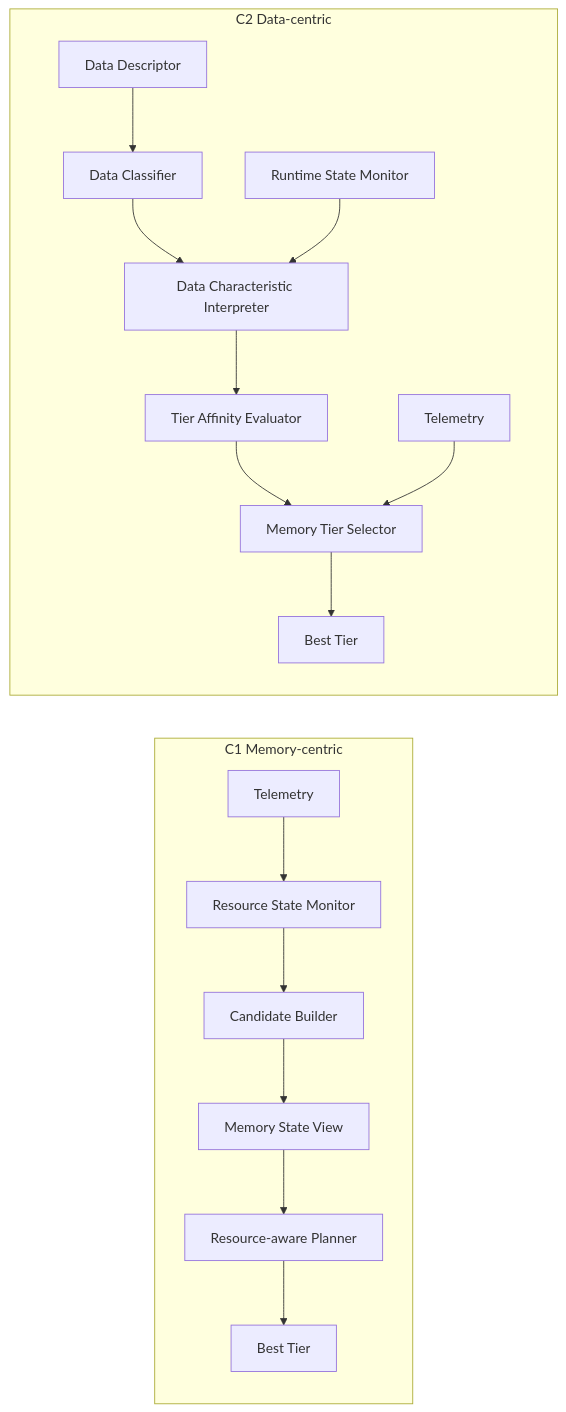
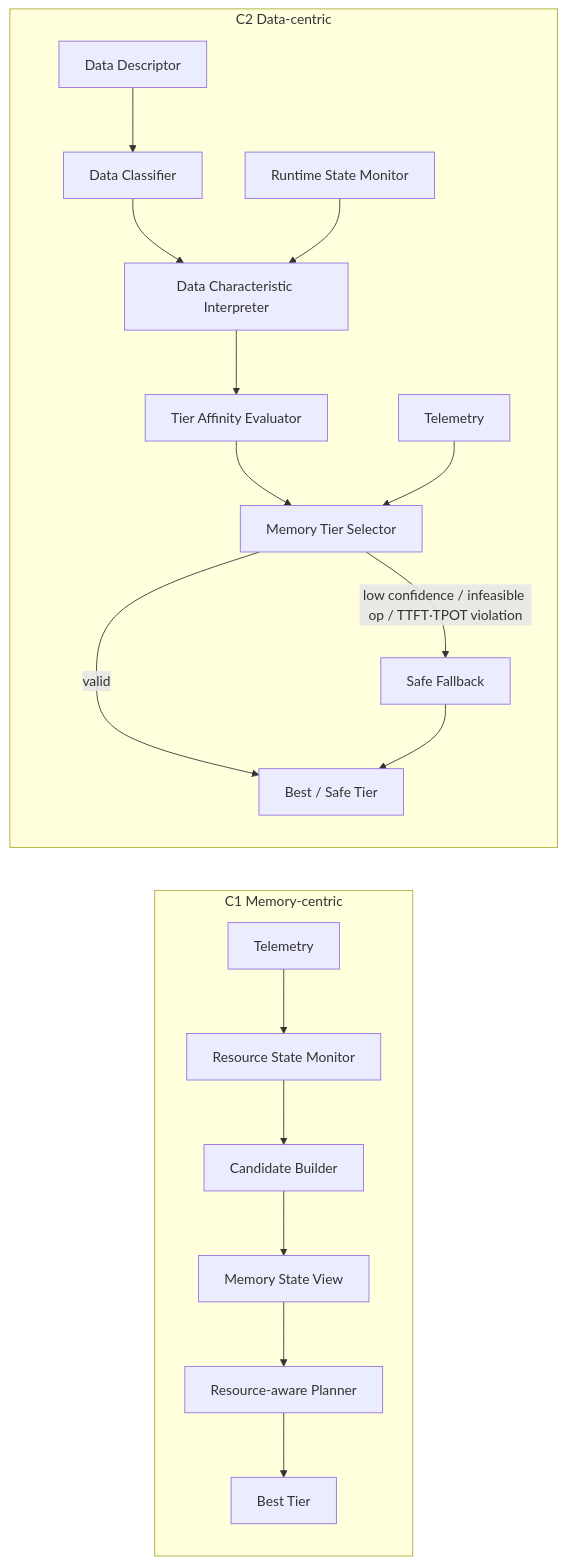
Diagram 11 of 11 in doc-architect/dp1-data-placement-uml-rendered.md (mkim0628/vllm), drawn with Mermaid before and after one commit. The commit also changed other lines of this file, not shown here.

Commit message:
Add C2 fallback and operation-aware placement to UML

````diff
--- a/doc-architect/dp1-data-placement-uml-rendered.md
+++ b/doc-architect/dp1-data-placement-uml-rendered.md
@@ -672,29 +695,32 @@
 ```mermaid
 flowchart LR
     subgraph C1[C1 Memory-centric]
         T1[Telemetry]
         R1[Resource State Monitor]
         B1[Candidate Builder]
         V1[Memory State View]
         P1[Resource-aware Planner]
         S1[Best Tier]
 
         T1 --> R1 --> B1 --> V1 --> P1 --> S1
     end
 
     subgraph C2[C2 Data-centric]
         D2[Data Descriptor]
         C2C[Data Classifier]
         R2[Runtime State Monitor]
         I2[Data Characteristic Interpreter]
         A2[Tier Affinity Evaluator]
         T2[Telemetry]
         S2[Memory Tier Selector]
-        B2[Best Tier]
+        F2[Safe Fallback]
+        B2[Best / Safe Tier]
 
         D2 --> C2C --> I2
         R2 --> I2
-        I2 --> A2 --> S2 --> B2
+        I2 --> A2 --> S2
         T2 --> S2
+        S2 -->|valid| B2
+        S2 -->|low confidence / infeasible op / TTFT·TPOT violation| F2 --> B2
     end
 ```
````
